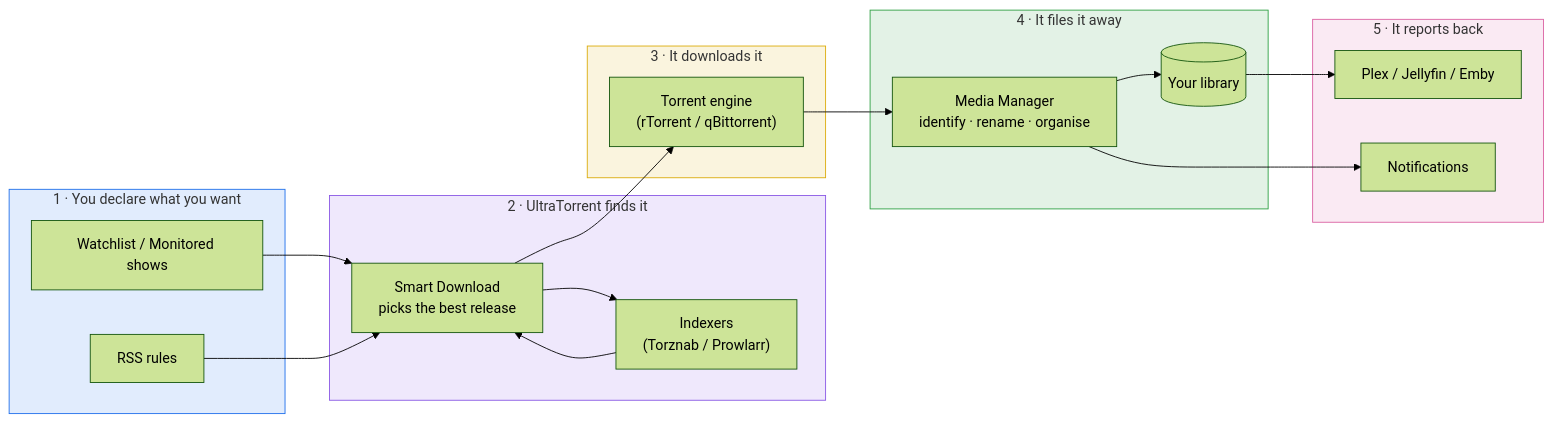
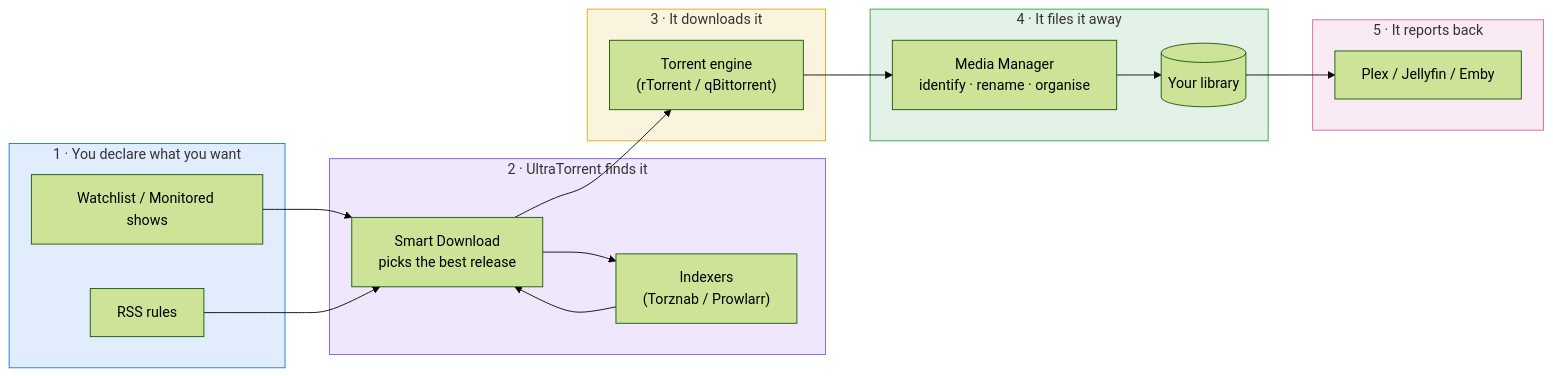
The diagram in website/docs/index.md (damirabal/ultratorrent-core), drawn with Mermaid (forest theme) before and after one commit. The commit also changed other lines of this file and 63 other files, not shown here.

````diff
--- a/website/docs/index.md
+++ b/website/docs/index.md
@@ -55,42 +55,40 @@
 ```mermaid
 flowchart LR
     subgraph Want["1 · You declare what you want"]
         WL["Watchlist / Monitored shows"]
         RSS["RSS rules"]
     end
 
     subgraph Find["2 · UltraTorrent finds it"]
         IDX["Indexers<br/>(Torznab / Prowlarr)"]
         SD["Smart Download<br/>picks the best release"]
     end
 
     subgraph Get["3 · It downloads it"]
         ENG["Torrent engine<br/>(rTorrent / qBittorrent)"]
     end
 
     subgraph Organise["4 · It files it away"]
         MM["Media Manager<br/>identify · rename · organise"]
         LIB[("Your library")]
     end
 
     subgraph Tell["5 · It reports back"]
         MS["Plex / Jellyfin / Emby"]
-        NC["Notifications"]
     end
 
     WL --> SD
     RSS --> SD
     SD --> IDX
     IDX --> SD
     SD --> ENG
     ENG --> MM
     MM --> LIB
     LIB --> MS
-    MM --> NC
 
     style Want fill:#1f6feb22,stroke:#1f6feb
     style Find fill:#8957e522,stroke:#8957e5
     style Get fill:#dbab0a22,stroke:#dbab0a
     style Organise fill:#2ea04322,stroke:#2ea043
     style Tell fill:#db61a222,stroke:#db61a2
 ```
````
